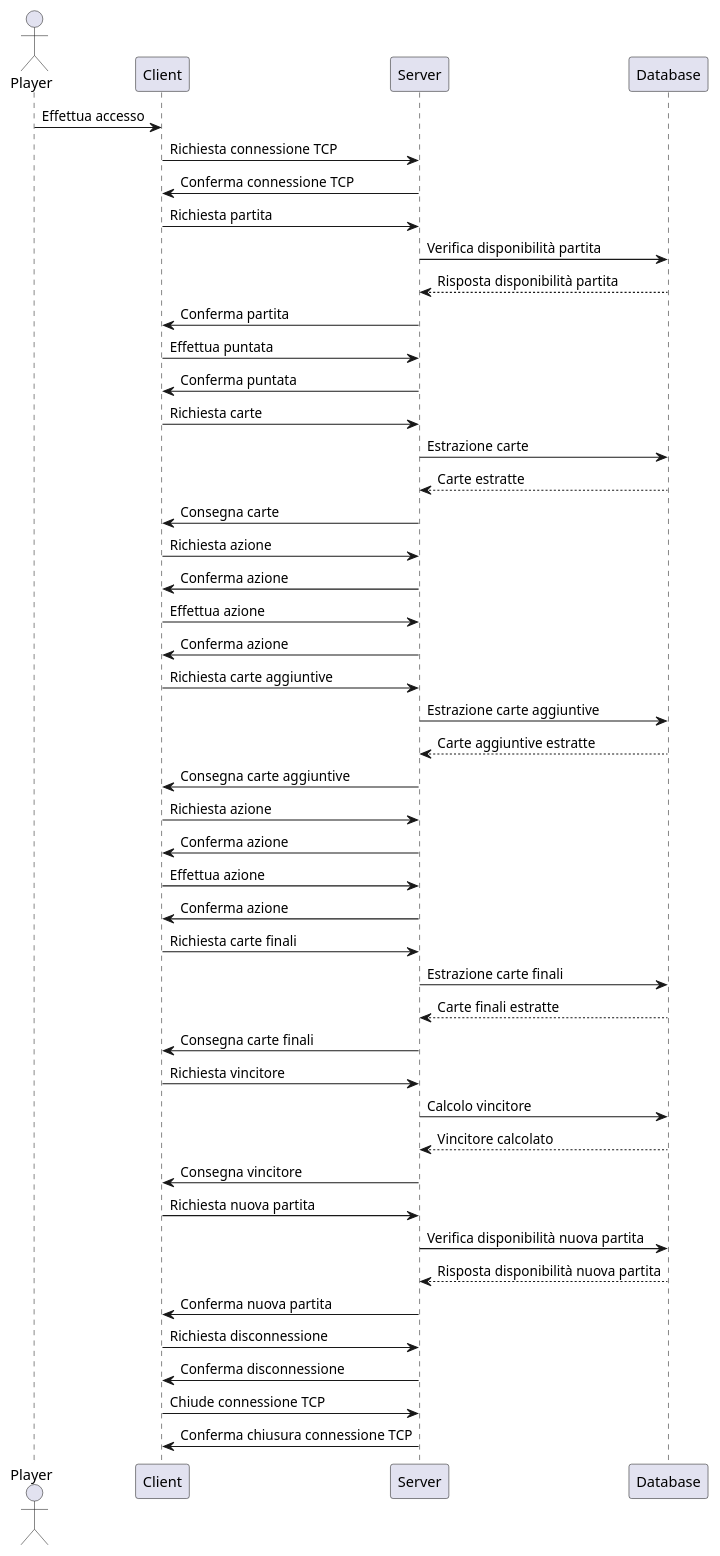
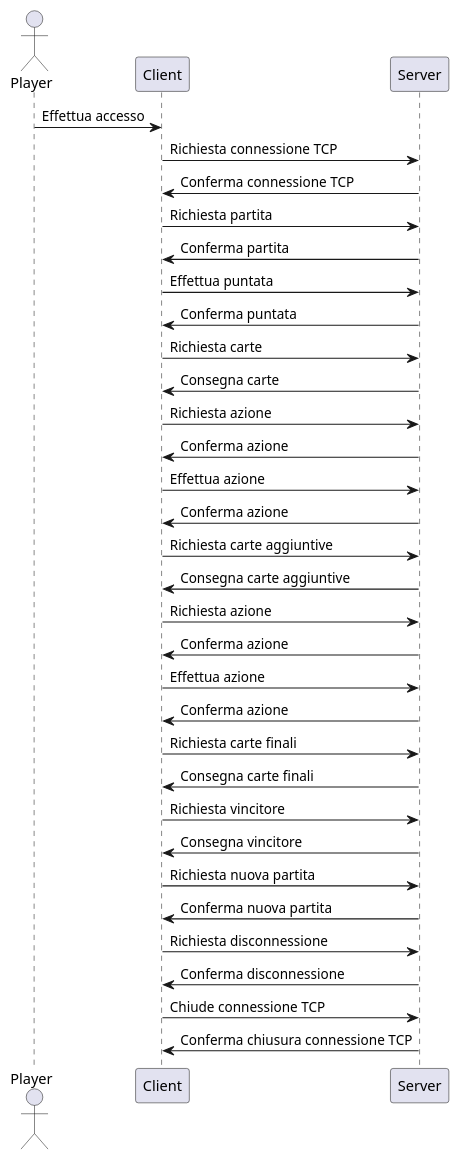
The diagram in docs/uml/SequenceDiagram.puml (AlessandroPiacentini/poker_tecnologie), drawn with PlantUML before and after one commit. The commit also changed 4 other files, not shown here.

Commit message:
generati gli out uml

```diff
--- a/docs/uml/SequenceDiagram.puml
+++ b/docs/uml/SequenceDiagram.puml
@@ -1,48 +1,35 @@
 @startuml SequenceDiagram Poker
 actor Player
 participant Client
 participant Server
-participant Database
 
 Player -> Client: Effettua accesso
 Client -> Server: Richiesta connessione TCP
 Server -> Client: Conferma connessione TCP
 Client -> Server: Richiesta partita
-Server -> Database: Verifica disponibilità partita
-Database --> Server: Risposta disponibilità partita
 Server -> Client: Conferma partita
 Client -> Server: Effettua puntata
 Server -> Client: Conferma puntata
 Client -> Server: Richiesta carte
-Server -> Database: Estrazione carte
-Database --> Server: Carte estratte
 Server -> Client: Consegna carte
 Client -> Server: Richiesta azione
 Server -> Client: Conferma azione
 Client -> Server: Effettua azione
 Server -> Client: Conferma azione
 Client -> Server: Richiesta carte aggiuntive
-Server -> Database: Estrazione carte aggiuntive
-Database --> Server: Carte aggiuntive estratte
 Server -> Client: Consegna carte aggiuntive
 Client -> Server: Richiesta azione
 Server -> Client: Conferma azione
 Client -> Server: Effettua azione
 Server -> Client: Conferma azione
 Client -> Server: Richiesta carte finali
-Server -> Database: Estrazione carte finali
-Database --> Server: Carte finali estratte
 Server -> Client: Consegna carte finali
 Client -> Server: Richiesta vincitore
-Server -> Database: Calcolo vincitore
-Database --> Server: Vincitore calcolato
 Server -> Client: Consegna vincitore
 Client -> Server: Richiesta nuova partita
-Server -> Database: Verifica disponibilità nuova partita
-Database --> Server: Risposta disponibilità nuova partita
 Server -> Client: Conferma nuova partita
 Client -> Server: Richiesta disconnessione
 Server -> Client: Conferma disconnessione
 Client -> Server: Chiude connessione TCP
 Server -> Client: Conferma chiusura connessione TCP
 @enduml
```
